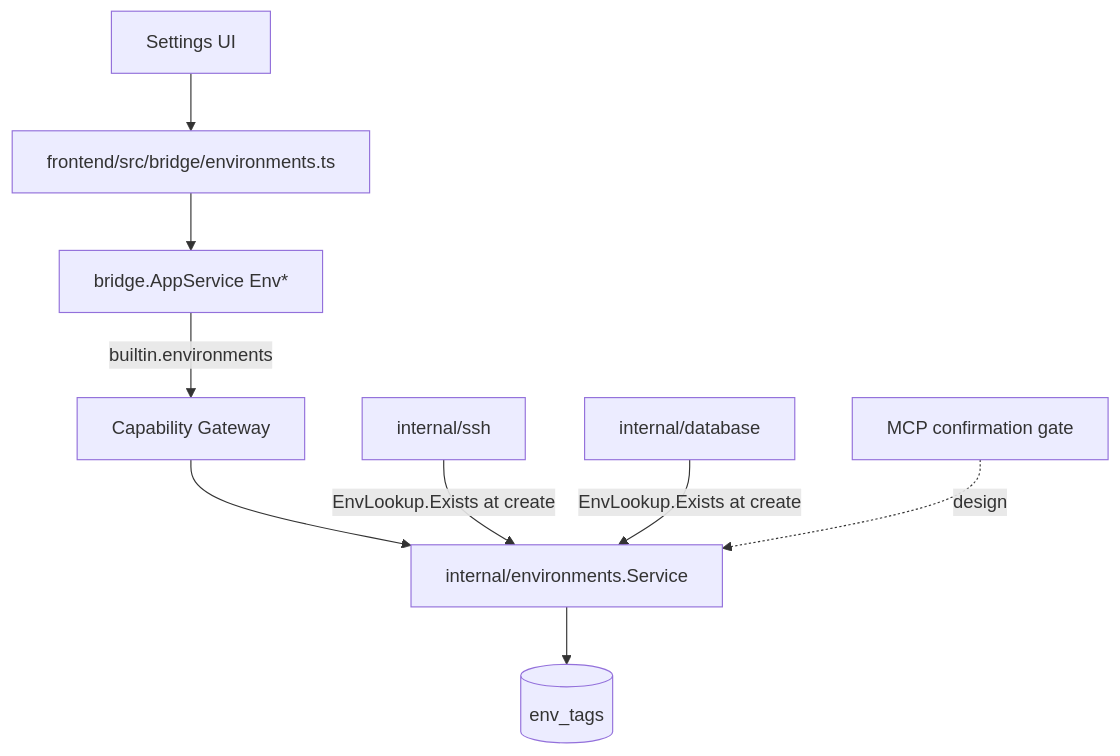
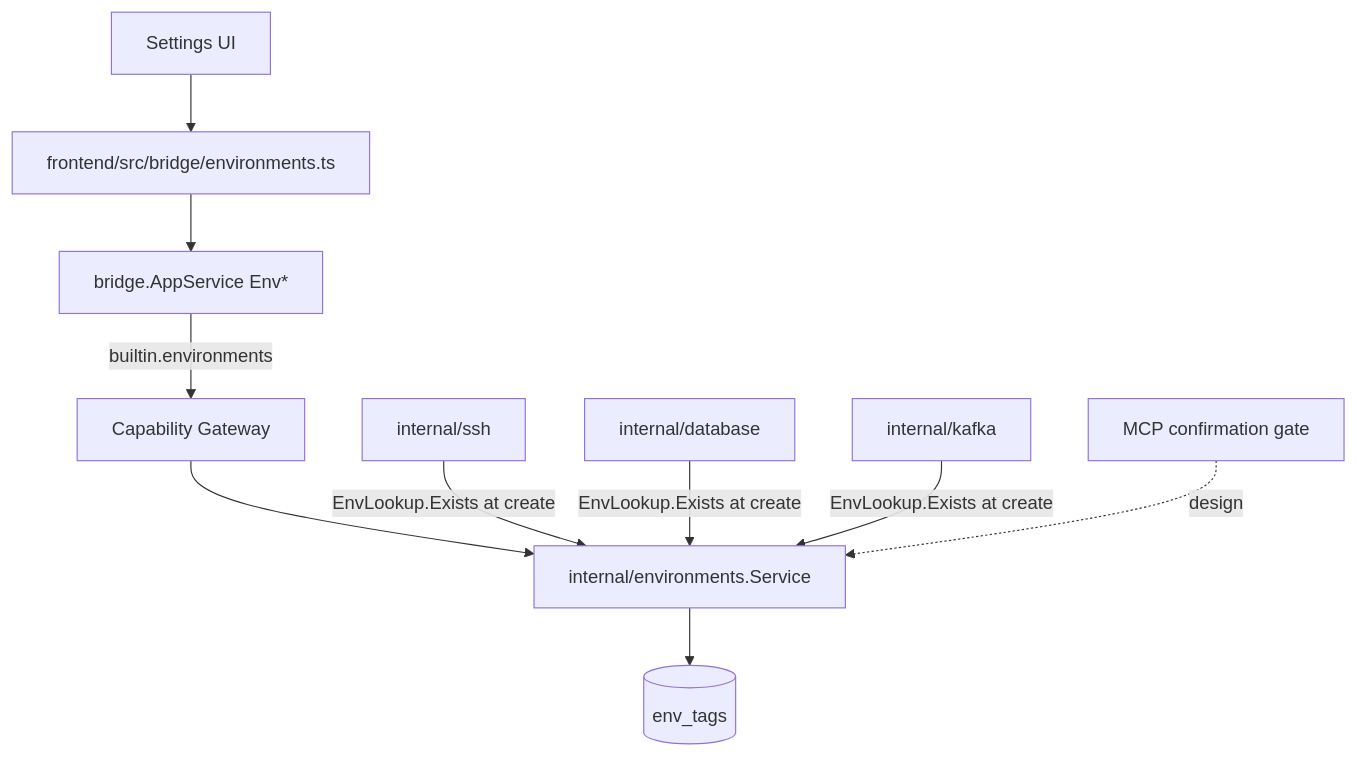
One commit to syurodev/base changed the diagram in content/projects/dev-kit/environments.mdx. Above: the diagram before and after it, drawn with Mermaid. The commit also changed other lines of this file and 4 other files, not shown here.

````diff
--- a/content/projects/dev-kit/environments.mdx
+++ b/content/projects/dev-kit/environments.mdx
@@ -24,12 +24,13 @@
 ```mermaid
 flowchart TD
   SETTINGS[Settings UI] --> BR[frontend/src/bridge/environments.ts]
   BR --> AS[bridge.AppService Env*]
   AS -->|builtin.environments| GW[Capability Gateway]
   GW --> SVC[internal/environments.Service]
   SVC --> DB[(env_tags)]
 
   SSH[internal/ssh] -->|EnvLookup.Exists at create| SVC
   DBMOD[internal/database] -->|EnvLookup.Exists at create| SVC
+  KAFKA[internal/kafka] -->|EnvLookup.Exists at create| SVC
   MCP[MCP confirmation gate] -.->|design| SVC
 ```
````
